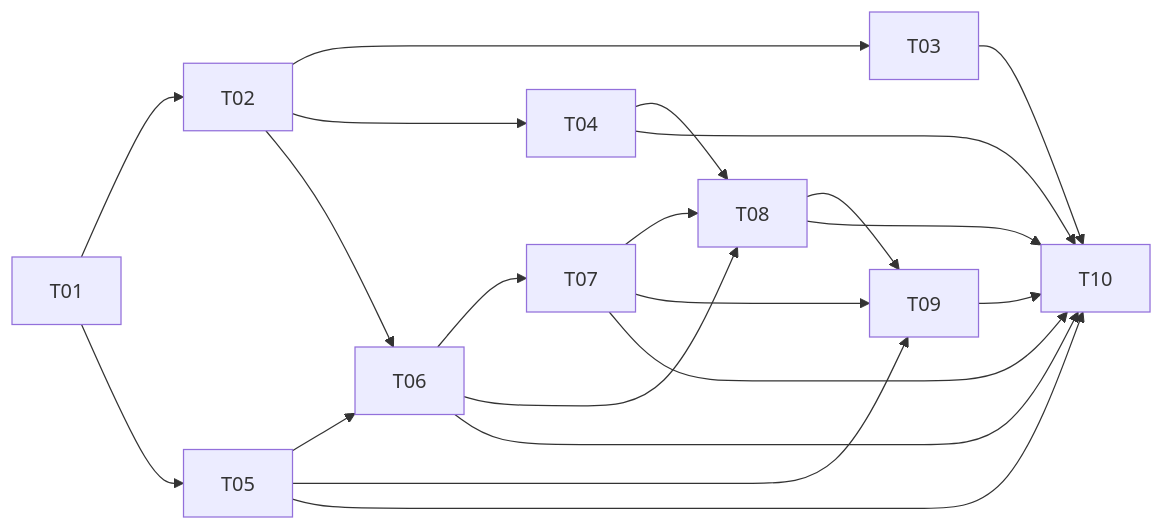
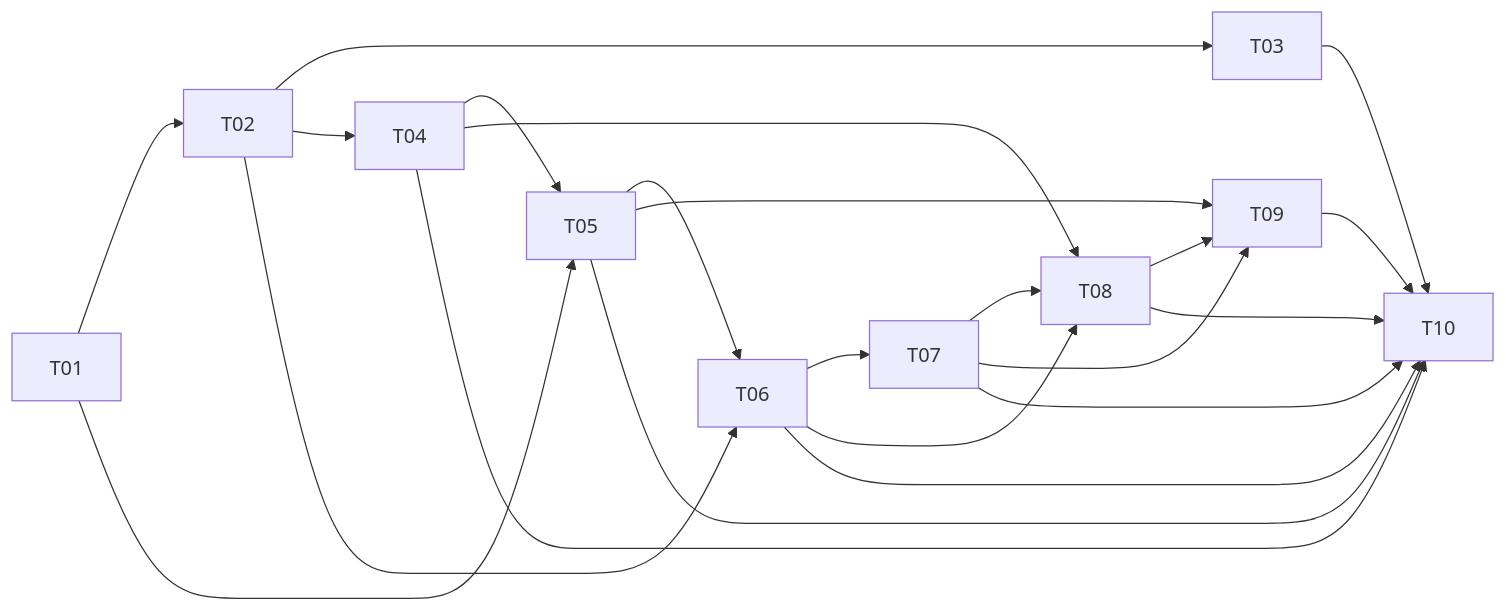
One commit to santiarrto/dice-game changed the diagram in PLANNING.md. Above: the diagram before and after it, drawn with Mermaid. The commit also changed other lines of this file and 9 other files, not shown here.

````diff
--- a/PLANNING.md
+++ b/PLANNING.md
@@ -115,23 +115,24 @@
 ```mermaid
 flowchart LR
   T01 --> T02
   T01 --> T05
   T02 --> T03
   T02 --> T04
   T02 --> T06
+  T04 --> T05
   T05 --> T06
   T06 --> T07
   T04 --> T08
   T06 --> T08
   T07 --> T08
   T05 --> T09
   T07 --> T09
   T08 --> T09
   T03 --> T10
   T04 --> T10
   T05 --> T10
   T06 --> T10
   T07 --> T10
   T08 --> T10
   T09 --> T10
 ```
````
